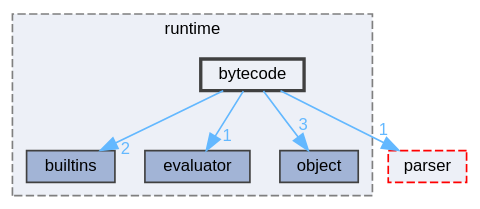
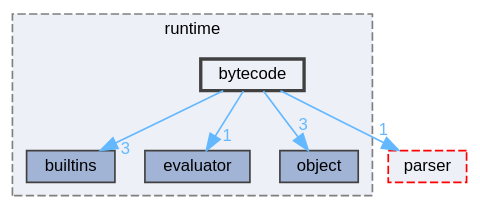
The diagram in pebbl/docs/dir_dc173274177e136e411a703609877c31_dep.dot (kejunp/kejunp.github.io), drawn with Graphviz before and after one commit. The commit also changed 49 other files, not shown here.

```diff
--- a/pebbl/docs/dir_dc173274177e136e411a703609877c31_dep.dot
+++ b/pebbl/docs/dir_dc173274177e136e411a703609877c31_dep.dot
@@ -1,20 +1,20 @@
 digraph "src/runtime/bytecode"
 {
  // LATEX_PDF_SIZE
   bgcolor="transparent";
   edge [fontname=Helvetica,fontsize=10,labelfontname=Helvetica,labelfontsize=10];
   node [fontname=Helvetica,fontsize=10,shape=box,height=0.2,width=0.4];
   compound=true
   subgraph clusterdir_bf9f26469d00835ba20ff8d80ee5a804 {
     graph [ bgcolor="#edf0f7", pencolor="grey50", label="runtime", fontname=Helvetica,fontsize=10 style="filled,dashed", URL="dir_bf9f26469d00835ba20ff8d80ee5a804.html",tooltip=""]
   dir_0c3dcd0ce7c49a87e7aa12e7eefa6b9f [label="builtins", fillcolor="#a2b4d6", color="grey25", style="filled", URL="dir_0c3dcd0ce7c49a87e7aa12e7eefa6b9f.html",tooltip=""];
   dir_41d65f3f775614b66ca7d3f2594b2a84 [label="evaluator", fillcolor="#a2b4d6", color="grey25", style="filled", URL="dir_41d65f3f775614b66ca7d3f2594b2a84.html",tooltip=""];
   dir_7b3ca0f1a5442f5bcf8fa402d7489a6e [label="object", fillcolor="#a2b4d6", color="grey25", style="filled", URL="dir_7b3ca0f1a5442f5bcf8fa402d7489a6e.html",tooltip=""];
   dir_dc173274177e136e411a703609877c31 [label="bytecode", fillcolor="#edf0f7", color="grey25", style="filled,bold", URL="dir_dc173274177e136e411a703609877c31.html",tooltip=""];
   }
   dir_6cd8491d143eb218b70983dbdb3c58bc [label="parser", fillcolor="#edf0f7", color="red", style="filled,dashed", URL="dir_6cd8491d143eb218b70983dbdb3c58bc.html",tooltip=""];
-  dir_dc173274177e136e411a703609877c31->dir_0c3dcd0ce7c49a87e7aa12e7eefa6b9f [headlabel="2", labeldistance=1.5 headhref="dir_000002_000001.html" href="dir_000002_000001.html" color="steelblue1" fontcolor="steelblue1"];
+  dir_dc173274177e136e411a703609877c31->dir_0c3dcd0ce7c49a87e7aa12e7eefa6b9f [headlabel="3", labeldistance=1.5 headhref="dir_000002_000001.html" href="dir_000002_000001.html" color="steelblue1" fontcolor="steelblue1"];
   dir_dc173274177e136e411a703609877c31->dir_41d65f3f775614b66ca7d3f2594b2a84 [headlabel="1", labeldistance=1.5 headhref="dir_000002_000003.html" href="dir_000002_000003.html" color="steelblue1" fontcolor="steelblue1"];
   dir_dc173274177e136e411a703609877c31->dir_6cd8491d143eb218b70983dbdb3c58bc [headlabel="1", labeldistance=1.5 headhref="dir_000002_000006.html" href="dir_000002_000006.html" color="steelblue1" fontcolor="steelblue1"];
   dir_dc173274177e136e411a703609877c31->dir_7b3ca0f1a5442f5bcf8fa402d7489a6e [headlabel="3", labeldistance=1.5 headhref="dir_000002_000005.html" href="dir_000002_000005.html" color="steelblue1" fontcolor="steelblue1"];
 }
```
